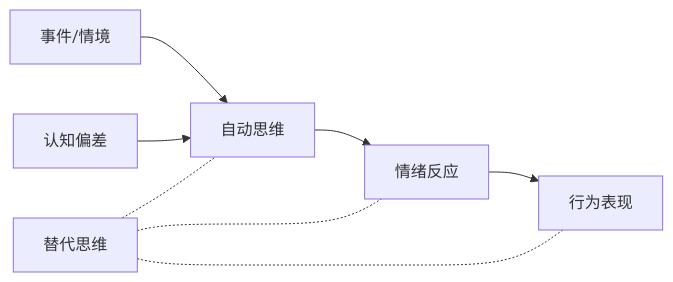
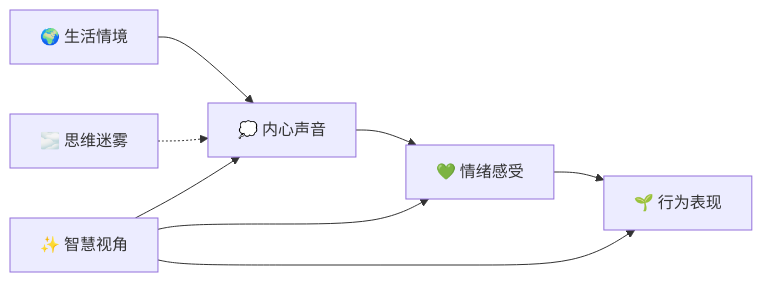
The second of 3 diagrams in README.md (ChenM0M/CBThelper), drawn with Mermaid before and after one commit. The commit also changed other lines of this file and 76 other files, not shown here.

````diff
--- a/README.md
+++ b/README.md
@@ -64,10 +86,10 @@
 ```mermaid
 graph LR
-    A[事件/情境] --> B[自动思维]
-    B --> C[情绪反应]
-    C --> D[行为表现]
-    E[认知偏差] --> B
-    F[替代思维] -.- B
-    F -.- C
-    F -.- D
+    A[🌍 生活情境] --> B[💭 内心声音]
+    B --> C[💚 情绪感受] 
+    C --> D[🌱 行为表现]
+    E[🌫️ 思维迷雾] -.-> B
+    F[✨ 智慧视角] --> B
+    F --> C
+    F --> D
 ```
````
